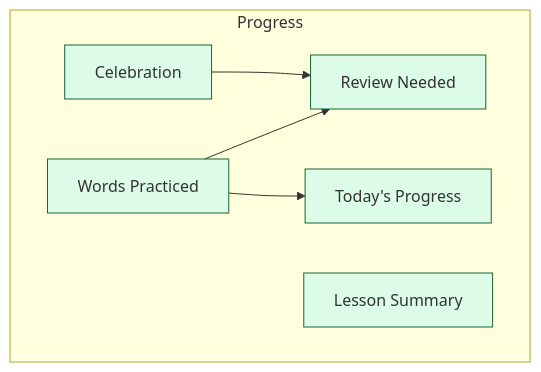
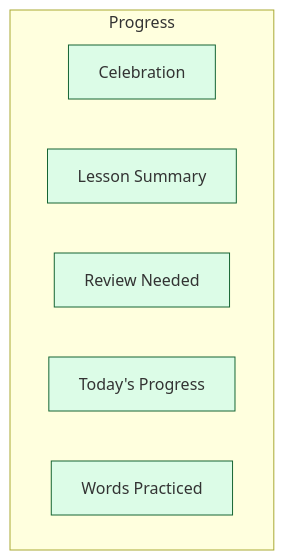
One commit to JSR-Algo/TJBOT-Mobile changed the diagram in tbot-design/docs/flows/domains/progress/flow.generated.mmd. Above: the diagram before and after it, drawn with Mermaid. The commit also changed 945 other files, not shown here.

```diff
--- a/tbot-design/docs/flows/domains/progress/flow.generated.mmd
+++ b/tbot-design/docs/flows/domains/progress/flow.generated.mmd
@@ -1,24 +1,13 @@
-%% GENERATED FROM nav-graph-data.json sha=a64610b0bee3. Do not edit by hand.
+%% GENERATED FROM nav-graph-data.json sha=99252d49ba12. Do not edit by hand.
 %% domain: progress
 flowchart TD
   classDef happy fill:#dcfce7,stroke:#166534
   classDef edge  fill:#fee2e2,stroke:#991b1b
   subgraph Progress["Progress"]
     celebration["Celebration"]
     lesson_summary["Lesson Summary"]
     review_needed["Review Needed"]
     today_progress["Today's Progress"]
     words_practiced["Words Practiced"]
   end
-  celebration --> review_needed
-  words_practiced --> review_needed
-  words_practiced --> today_progress
   class celebration,lesson_summary,review_needed,today_progress,words_practiced happy
-
-%% cross-domain outbound (handled in shared/cross-domain.flow.mmd):
-%%   celebration -> home_hub_idle (home)
-%%   lesson_summary -> home_hub_idle (home)
-%%   review_needed -> home_hub_idle (home)
-%%   today_progress -> home_hub_idle (home)
-%%   lesson_summary -> lesson_ready (lesson-session)
-%%   review_needed -> lesson_ready (lesson-session)
```
